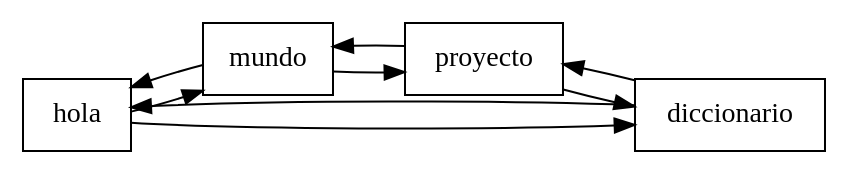
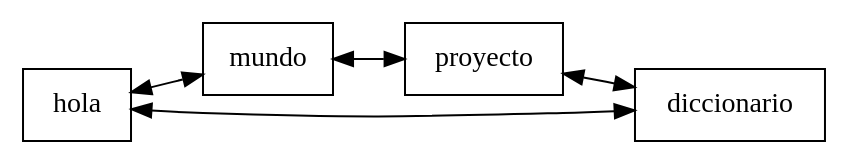
One commit to elJuanjoRamos/EDD_1S2020_PY1_201801262 changed the diagram in EDD_Proyecto1/EDD_Proyecto1/Dictionary_ListaDobleCircular.dot. Above: the diagram before and after it, drawn with Graphviz. The commit also changed 21 other files, not shown here.

```diff
--- a/EDD_Proyecto1/EDD_Proyecto1/Dictionary_ListaDobleCircular.dot
+++ b/EDD_Proyecto1/EDD_Proyecto1/Dictionary_ListaDobleCircular.dot
@@ -1,14 +1,11 @@
 digraph G {rankdir=LR
 node[shape = box];
 Nodo0 [label = "hola"];
 Nodo1 [label = "mundo"];
 Nodo2 [label = "proyecto"];
 Nodo3 [label = "diccionario"];
-Nodo0->Nodo1;
-Nodo1->Nodo0;
-Nodo1->Nodo2;
-Nodo2->Nodo1;
-Nodo2->Nodo3;
-Nodo3->Nodo2;
-Nodo0->Nodo3
-Nodo3->Nodo0}
+Nodo0->Nodo1[dir=both];
+Nodo1->Nodo2[dir=both];
+Nodo2->Nodo3[dir=both];
+Nodo0->Nodo3[dir=both]
+}
```
